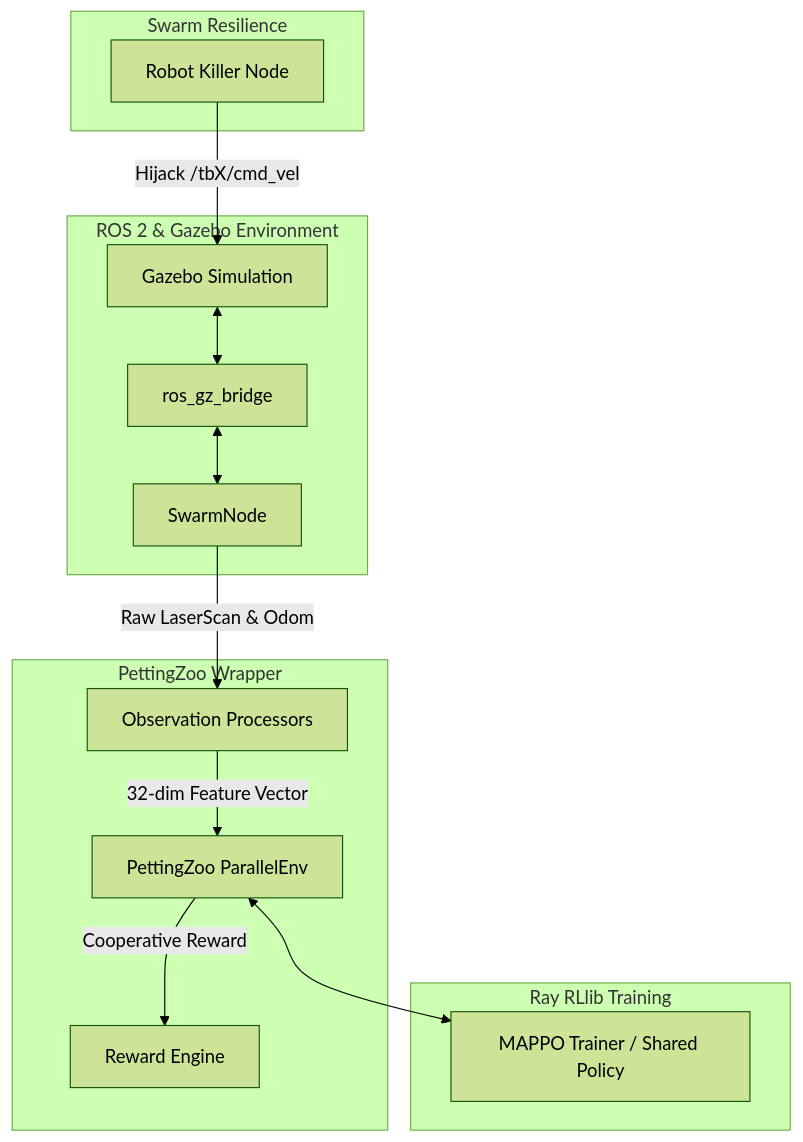
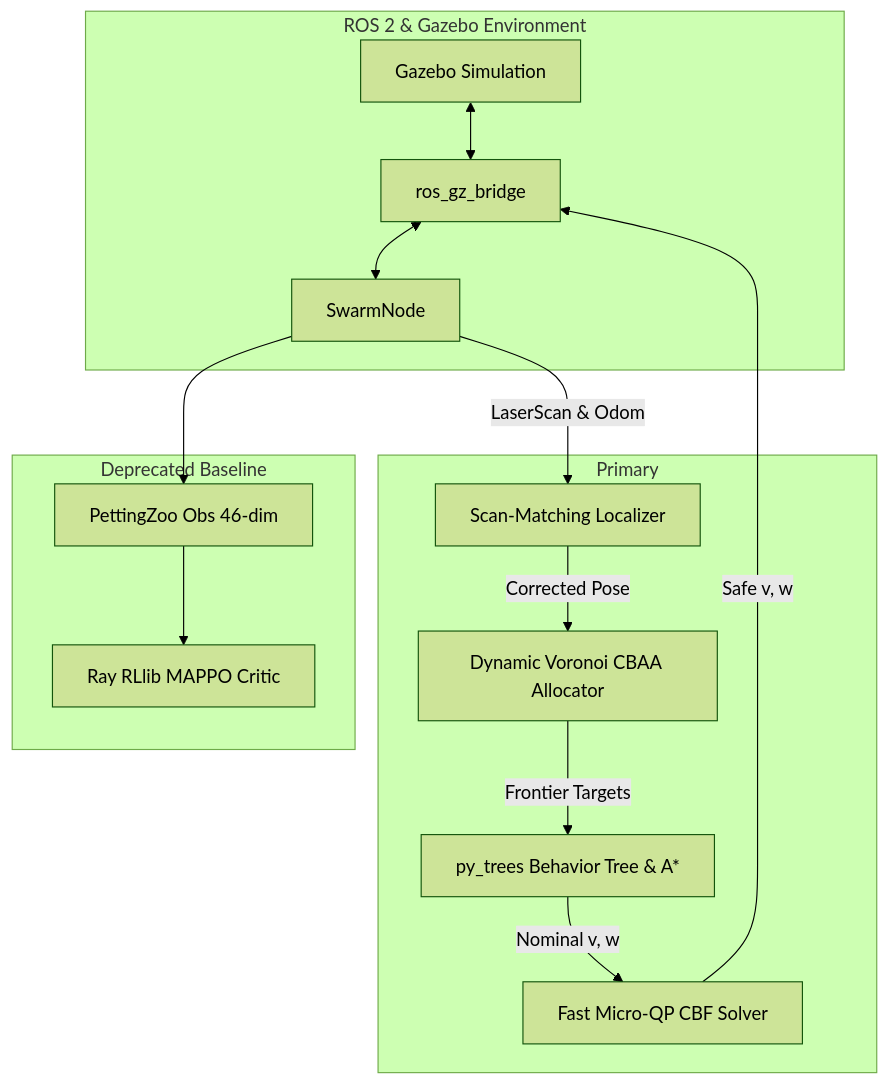
One commit to harsh-pandhe/MARS changed the diagram in README.md. Above: the diagram before and after it, drawn with Mermaid (forest theme). The commit also changed other lines of this file and 1 other file, not shown here.

Commit message:
docs(mappo): formally mark MAPPO as deprecated does-not-work baseline and prioritize Frontier Heuristic

````diff
--- a/README.md
+++ b/README.md
@@ -5,21 +11,20 @@
 ```mermaid
 graph TD
     subgraph ROS 2 & Gazebo Environment
         GZ[Gazebo Simulation] <--> Bridge[ros_gz_bridge]
         Bridge <--> Node[SwarmNode]
     end
 
-    subgraph PettingZoo Wrapper
-        Node --> |Raw LaserScan & Odom| Obs[Observation Processors]
-        Obs --> |32-dim Feature Vector| Env[PettingZoo ParallelEnv]
-        Env --> |Cooperative Reward| Rwd[Reward Engine]
+    subgraph Decentralized Swarm Engine [Primary]
+        Node --> |LaserScan & Odom| DF[Scan-Matching Localizer]
+        DF --> |Corrected Pose| Voronoi[Dynamic Voronoi CBAA Allocator]
+        Voronoi --> |Frontier Targets| BT[py_trees Behavior Tree & A*]
+        BT --> |Nominal v, w| CBF[Fast Micro-QP CBF Solver]
+        CBF --> |Safe v, w| Bridge
     end
 
-    subgraph Ray RLlib Training
-        Env <--> MAPPO[MAPPO Trainer / Shared Policy]
-    end
-
-    subgraph Swarm Resilience
-        Killer[Robot Killer Node] --> |Hijack /tbX/cmd_vel| GZ
+    subgraph MARL Pipeline [Deprecated Baseline]
+        Node --> Obs[PettingZoo Obs 46-dim]
+        Obs --> MAPPO[Ray RLlib MAPPO Critic]
     end
 ```
````
